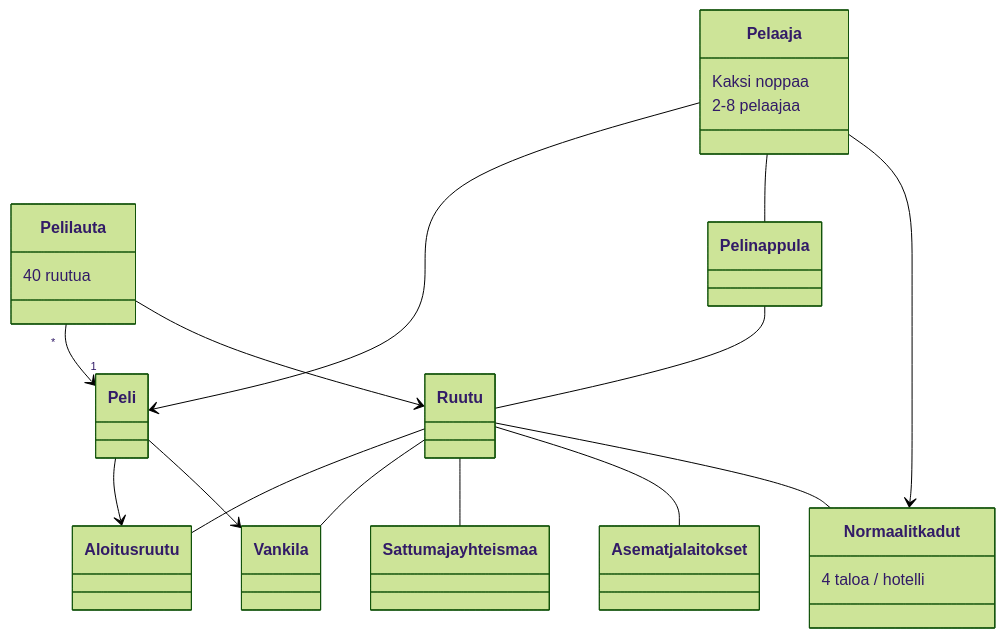
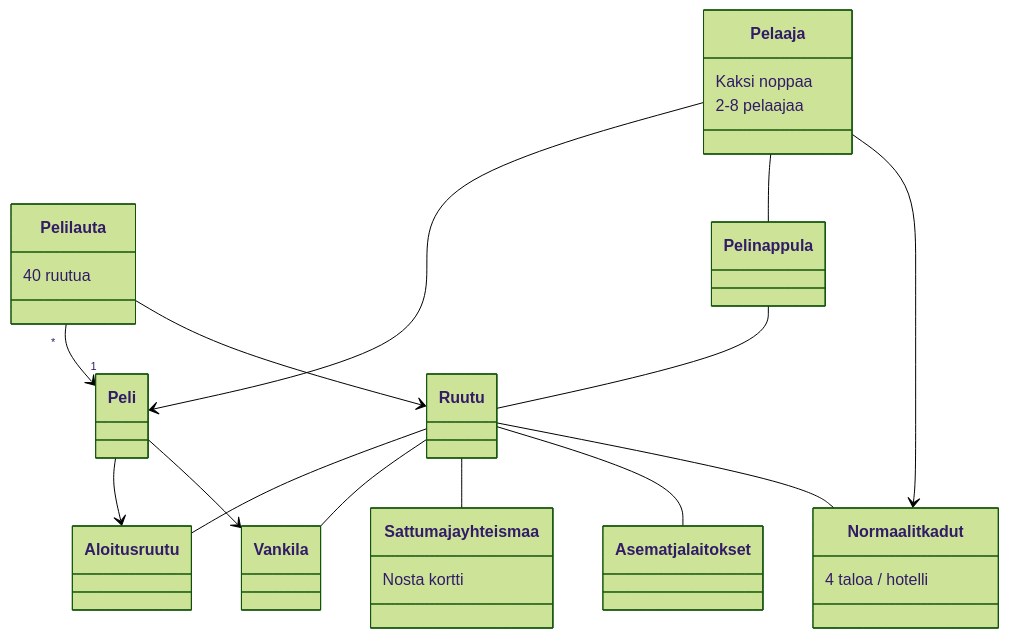
One commit to ellenra/jumping_game changed the diagram in laskarit/viikko3/monopoli_luokkakaavio.md. Above: the diagram before and after it, drawn with Mermaid (forest theme).

````diff
--- a/laskarit/viikko3/monopoli_luokkakaavio.md
+++ b/laskarit/viikko3/monopoli_luokkakaavio.md
@@ -1,22 +1,23 @@
 ```mermaid
  classDiagram
       Pelilauta "*" --> "1" Peli
       Pelilauta : 40 ruutua
       Pelaaja --> Peli
       Pelaaja : Kaksi noppaa
       Pelaaja : 2-8 pelaajaa
       Pelaaja -- Pelinappula
       Pelinappula -- Ruutu
       Ruutu -- Aloitusruutu
       Ruutu -- Vankila
       Ruutu -- Sattuma ja yhteismaa
       Ruutu -- Asemat ja laitokset
       Ruutu -- Normaalit kadut
       Pelilauta --> Ruutu
       Pelaaja --> Normaalit kadut
       Normaalit kadut : 4 taloa / hotelli
       Peli --> Aloitusruutu
       Peli --> Vankila
+      Sattuma ja yhteismaa : Nosta kortti
       
      
 ```
````
